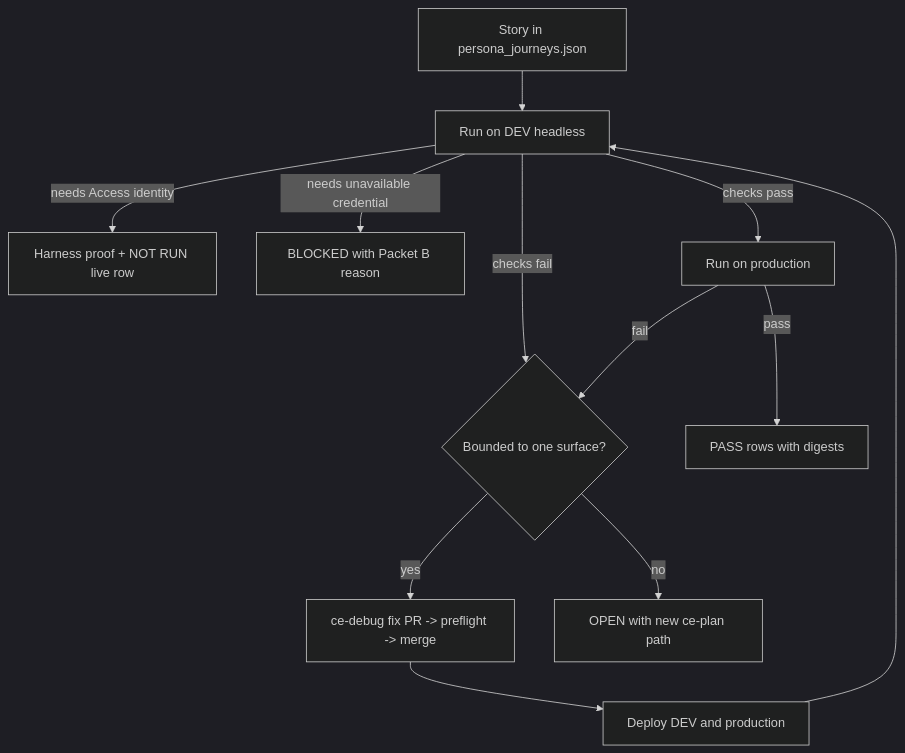
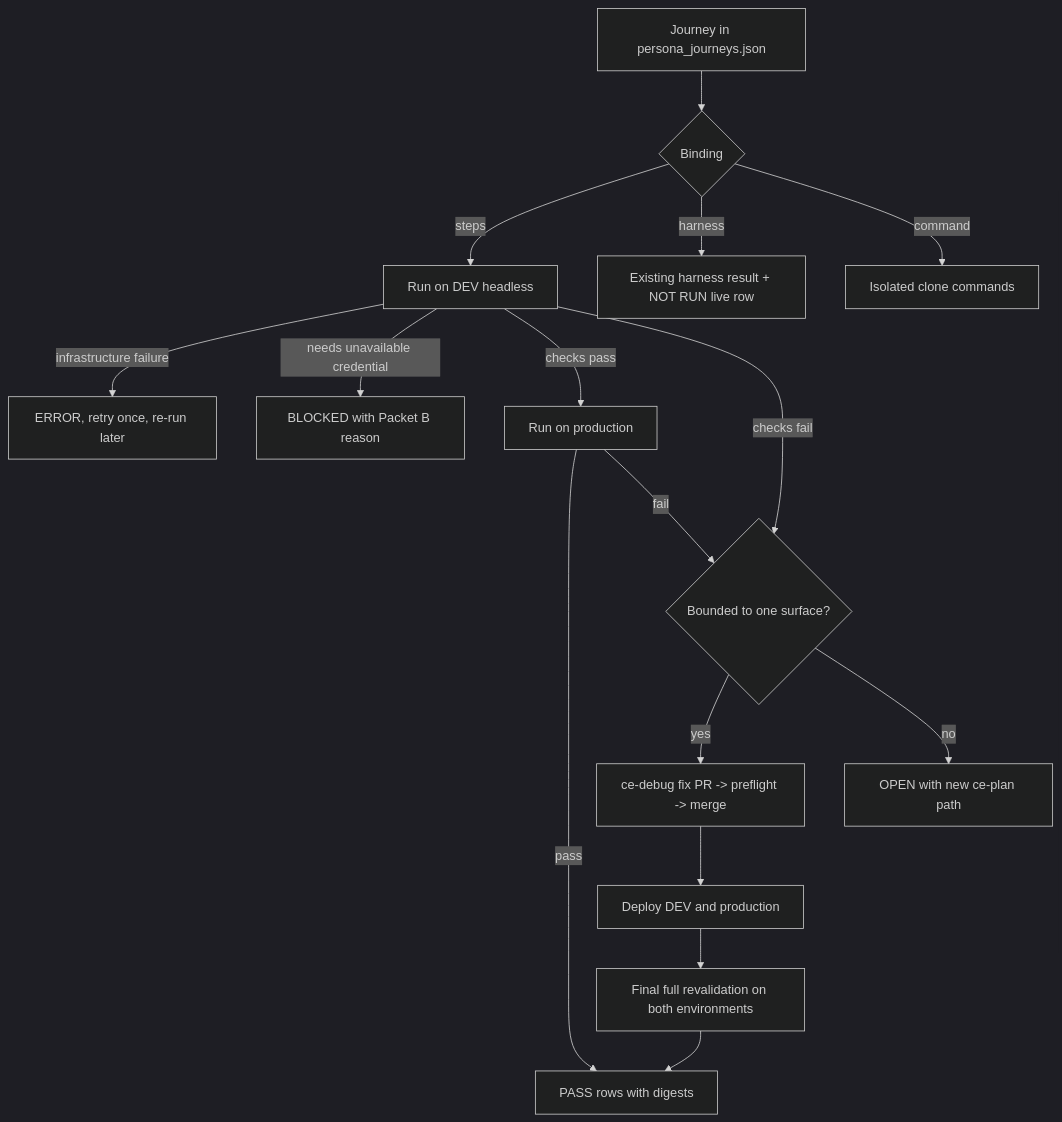
The first of 2 diagrams in docs/plans/2026-09-02-1108-test-persona-uat-program-plan.md (damienriehl/sonsteng-magnum-opus), drawn with Mermaid (dark theme) before and after one commit. The commit also changed other lines of this file, not shown here.

First line of the commit message:
docs(plan): resolve doc-review findings in the persona UAT plan

````diff
--- a/docs/plans/2026-09-02-1108-test-persona-uat-program-plan.md
+++ b/docs/plans/2026-09-02-1108-test-persona-uat-program-plan.md
@@ -182,14 +185,18 @@
 ```mermaid
 flowchart TD
-  S[Story in persona_journeys.json] --> D[Run on DEV headless]
-  D -->|needs Access identity| N[Harness proof + NOT RUN live row]
+  S[Journey in persona_journeys.json] --> K{Binding}
+  K -->|steps| D[Run on DEV headless]
+  K -->|harness| H[Existing harness result + NOT RUN live row]
+  K -->|command| C[Isolated clone commands]
+  D -->|infrastructure failure| E[ERROR, retry once, re-run later]
   D -->|needs unavailable credential| B[BLOCKED with Packet B reason]
   D -->|checks pass| P[Run on production]
   D -->|checks fail| T{Bounded to one surface?}
   P -->|pass| R[PASS rows with digests]
   P -->|fail| T
   T -->|yes| X[ce-debug fix PR -> preflight -> merge]
   T -->|no| O[OPEN with new ce-plan path]
   X --> DD[Deploy DEV and production]
-  DD --> D
+  DD --> F[Final full revalidation on both environments]
+  F --> R
 ```
````
